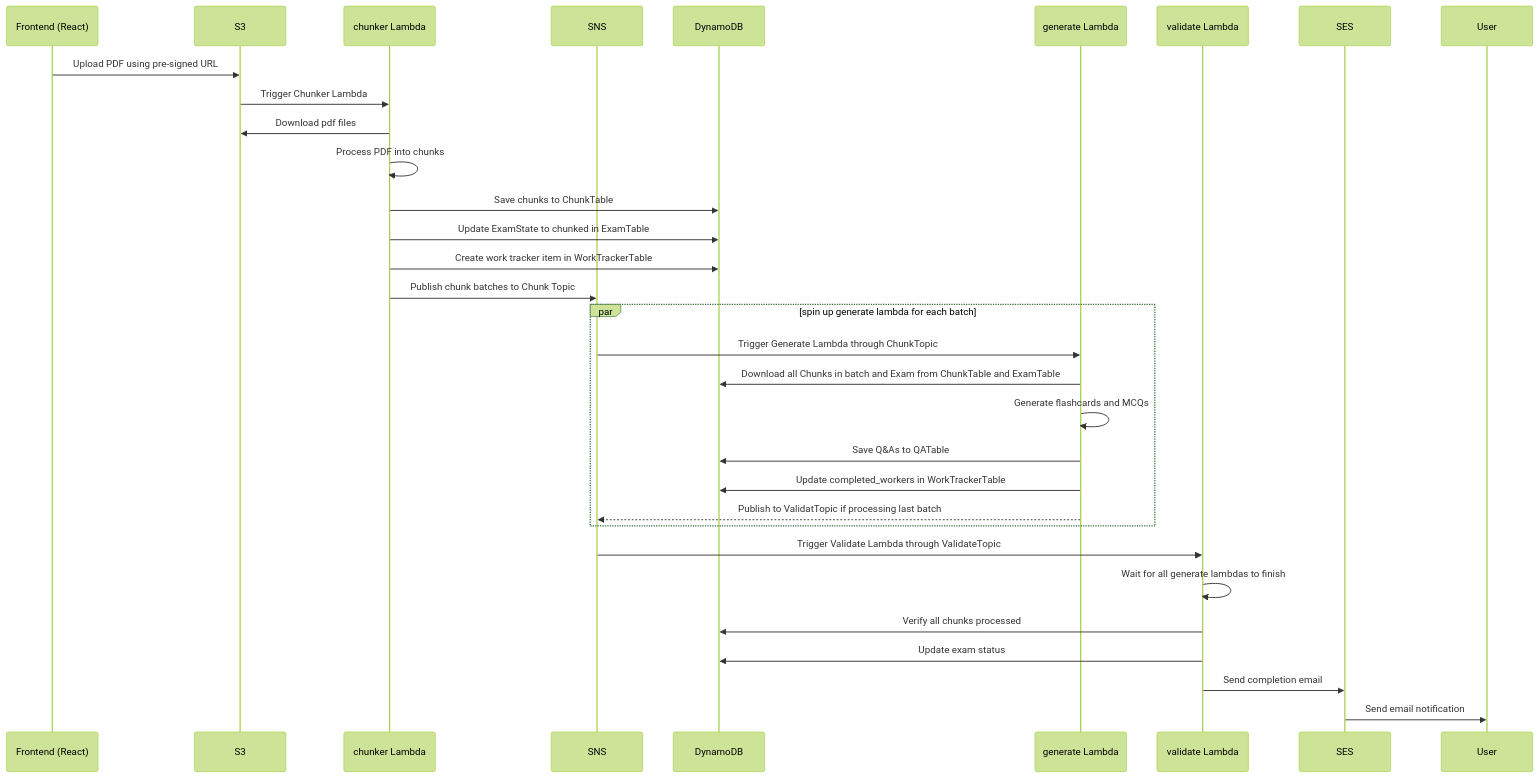
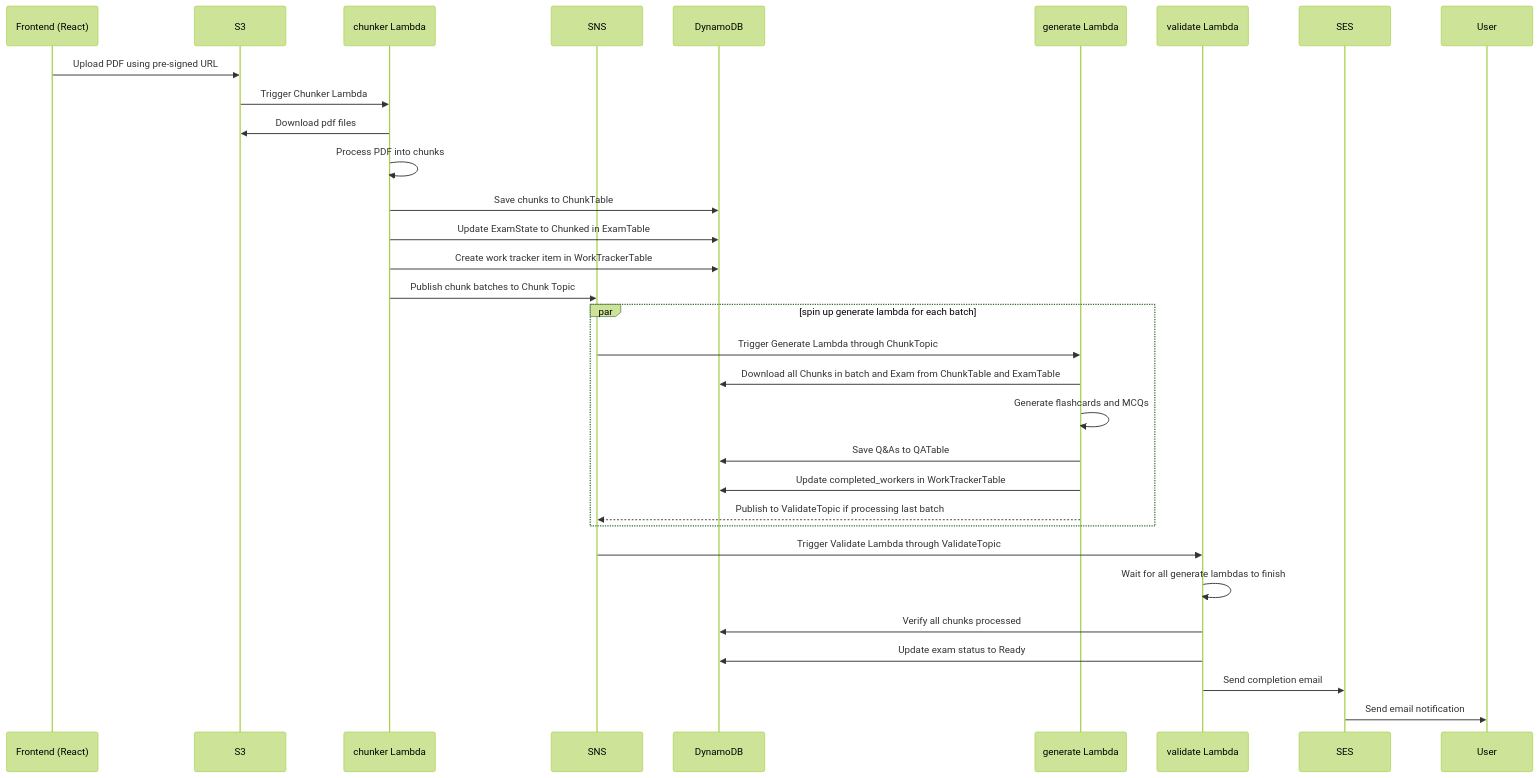
Before and after one commit to rajkorde/ExamGPTCloud: the second of 4 diagrams in README.md, drawn with Mermaid (forest theme). The commit also changed other lines of this file, not shown here.

Commit message:
minor typo edits in readme

````diff
--- a/README.md
+++ b/README.md
@@ -92,42 +92,42 @@
 ```mermaid
 sequenceDiagram
 
     participant FE as Frontend (React)
     participant S3 as S3
     participant CL as chunker Lambda
     participant SNS as SNS
     participant DDB as DynamoDB
     participant GL as generate Lambda
     participant VL as validate Lambda
     participant SES as SES
     participant U as User
 
 
     FE->>S3: Upload PDF using pre-signed URL
 
 
     S3->>CL: Trigger Chunker Lambda
     CL->>S3: Download pdf files
     CL->>CL: Process PDF into chunks
     CL->>DDB: Save chunks to ChunkTable
-    CL->>DDB: Update ExamState to chunked in ExamTable
+    CL->>DDB: Update ExamState to Chunked in ExamTable
     CL->>DDB: Create work tracker item in WorkTrackerTable
     CL->>SNS: Publish chunk batches to Chunk Topic
 
     par spin up generate lambda for each batch
     SNS->>GL: Trigger Generate Lambda through ChunkTopic
     GL->>DDB: Download all Chunks in batch and Exam from ChunkTable and ExamTable
     GL->>GL: Generate flashcards and MCQs
     GL->>DDB: Save Q&As to QATable
     GL->>DDB: Update completed_workers in WorkTrackerTable
-    GL-->>SNS: Publish to ValidatTopic if processing last batch
+    GL-->>SNS: Publish to ValidateTopic if processing last batch
     end
 
     SNS->>VL: Trigger Validate Lambda through ValidateTopic
     VL->>VL: Wait for all generate lambdas to finish
     VL->>DDB: Verify all chunks processed
-    VL->>DDB: Update exam status
+    VL->>DDB: Update exam status to Ready
     VL->>SES: Send completion email
     SES->>U: Send email notification
 
 ```
````
